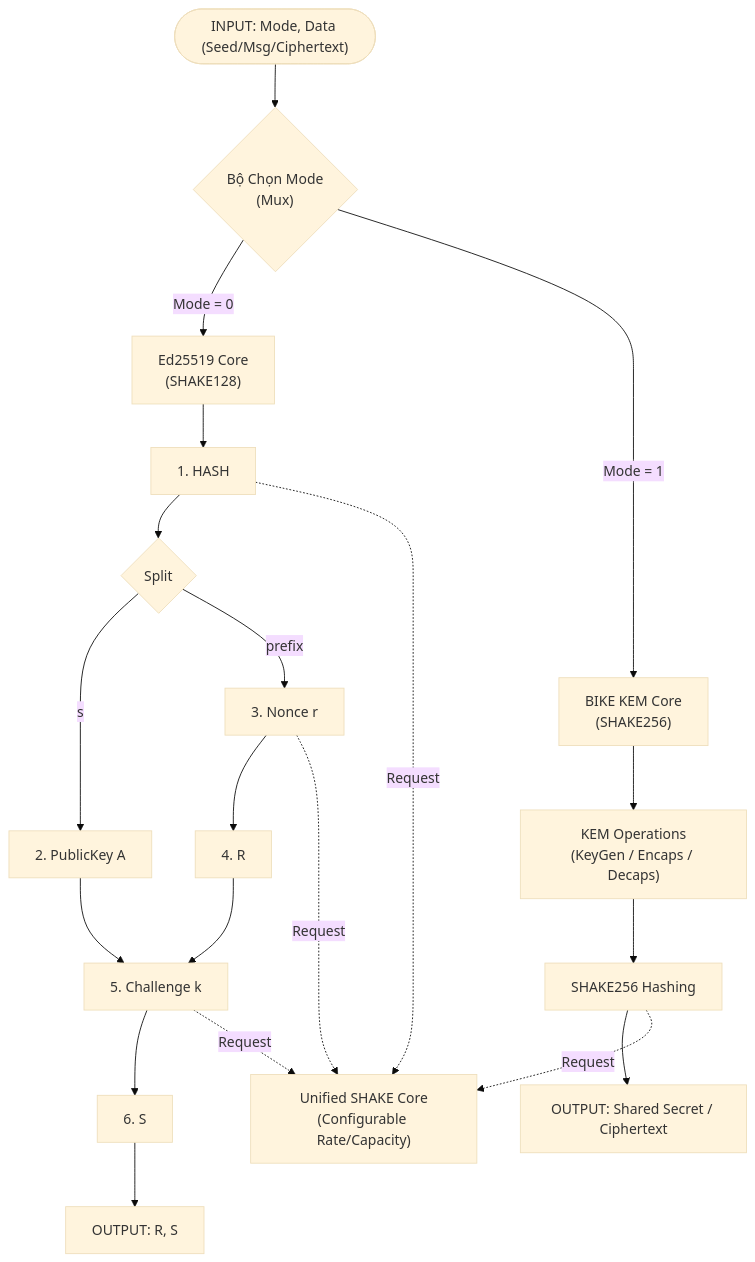
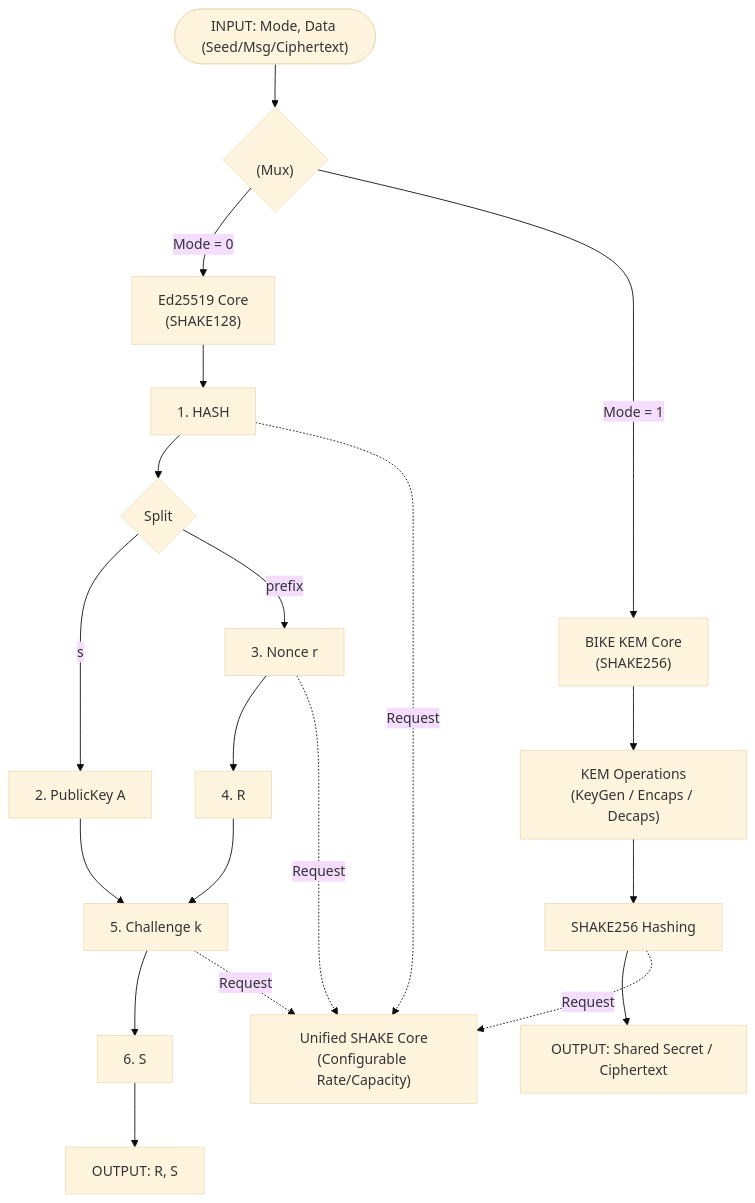
One commit to BAT-LAB69/CRYPTO_SOC changed the diagram in README.md. Above: the diagram before and after it, drawn with Mermaid (base theme).

````diff
--- a/README.md
+++ b/README.md
@@ -2,32 +2,32 @@
 ```mermaid
 flowchart TD
     %% System Input
-    Input(["INPUT: Mode, Data (Seed/Msg/Ciphertext)"]) --> Mux{"Bộ Chọn Mode<br>(Mux)"}
+    Input(["INPUT: Mode, Data (Seed/Msg/Ciphertext)"]) --> Mux{"<br>(Mux)"}
 
     %% Mode Selection
     Mux -->|Mode = 0| EdFlow["Ed25519 Core\n(SHAKE128)"]
     Mux -->|Mode = 1| KEMFlow["BIKE KEM Core\n(SHAKE256)"]
 
     %% Ed25519 Detailed Flow
     EdFlow --> HashSeed["1. HASH"]
     HashSeed --> Split{Split}
     Split -->|s| GenPub["2. PublicKey A"]
     Split -->|prefix| HashNonce["3. Nonce r"]
     GenPub --> HashChal["5. Challenge k"]
     HashNonce --> GenR["4. R"]
     GenR --> HashChal
     HashChal --> CalcS["6. S"]
     CalcS --> EdOut["OUTPUT: R, S"]
 
     %% KEM Detailed Flow (Placeholder)
     KEMFlow --> KEMOp["KEM Operations\n(KeyGen / Encaps / Decaps)"]
     KEMOp --> KEMHash["SHAKE256 Hashing"]
     KEMHash --> KEMOut["OUTPUT: Shared Secret / Ciphertext"]
 
     %% Unified Keccak Core
     HashSeed -.->|Request| ShakeCore["Unified SHAKE Core\n(Configurable Rate/Capacity)"]
     HashNonce -.->|Request| ShakeCore
     HashChal -.->|Request| ShakeCore
     KEMHash -.->|Request| ShakeCore
 
 ```
````
